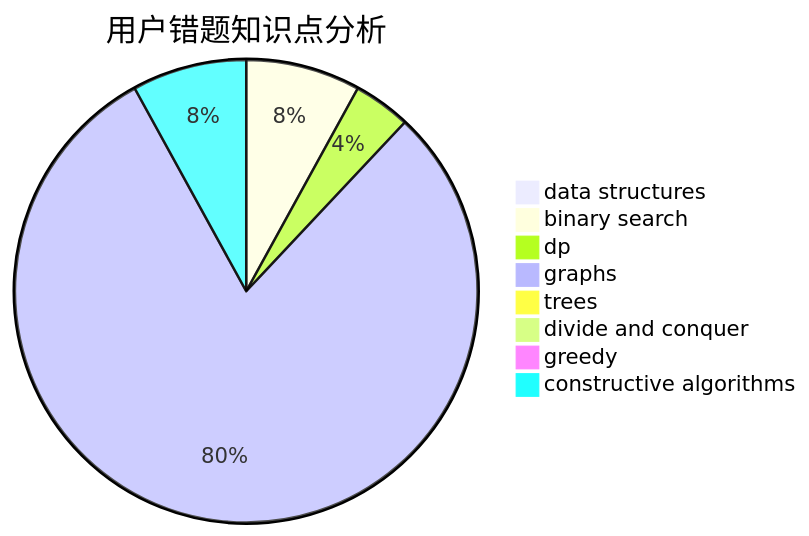
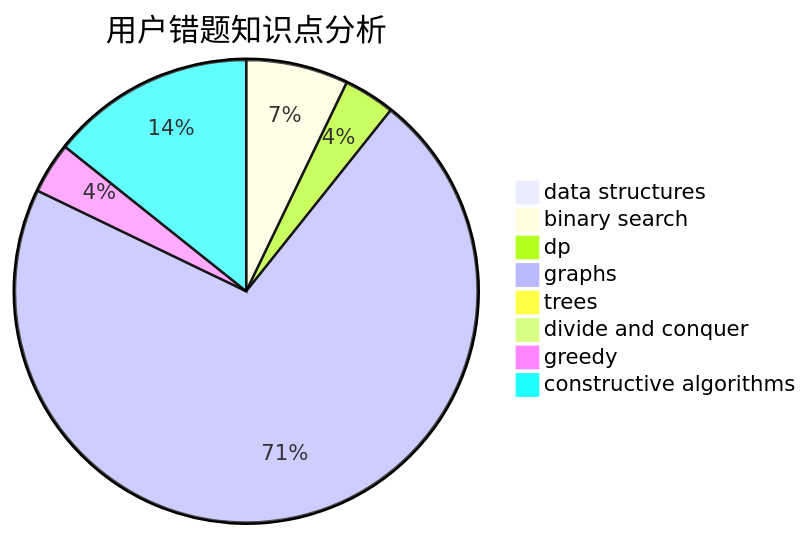
Before and after one commit to sherpahu/cfrs.github.io: the third of 3 diagrams in docs/user/u1578.md, drawn with Mermaid. The commit also changed other lines of this file and 2770 other files, not shown here.

````diff
--- a/docs/user/u1578.md
+++ b/docs/user/u1578.md
@@ -36,11 +36,11 @@
 ```mermaid
 pie title 用户错题知识点分析
     "data structures" :  0
     "binary search" :  2
     "dp" :  1
     "graphs" :  20
     "trees" :  0
     "divide and conquer" :  0
-    "greedy" :  0
-    "constructive algorithms" :  2
+    "greedy" :  1
+    "constructive algorithms" :  4
 ```
````
